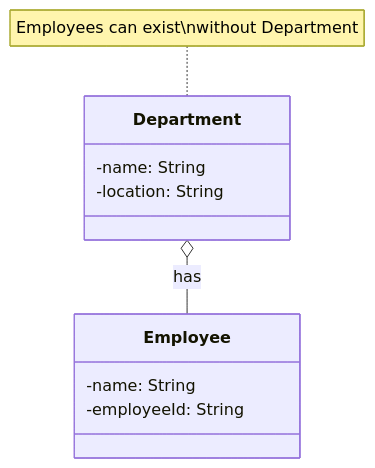
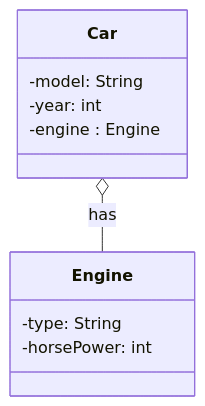
Before and after one commit to krishjha1121/Prep: the tenth of 18 diagrams in LLD/01-fundamentals/03-uml-basics.md, drawn with Mermaid. The commit also changed other lines of this file and 5 other files, not shown here.

````diff
--- a/LLD/01-fundamentals/03-uml-basics.md
+++ b/LLD/01-fundamentals/03-uml-basics.md
@@ -295,16 +320,15 @@
 ```mermaid
+%%{init: {'theme': 'default', 'layout': 'lr'}}%%
 classDiagram
-    class Department {
-        -name: String
-        -location: String
+    class Car {
+        -model: String
+        -year: int
+        -engine : Engine
+    }
+    class Engine {
+        -type: String
+        -horsePower: int
     }
 
-    class Employee {
-        -name: String
-        -employeeId: String
-    }
-
-    Department o-- Employee : has
-
-    note for Department "Employees can exist\nwithout Department"
+    Car o-- Engine : has
 ```
````
